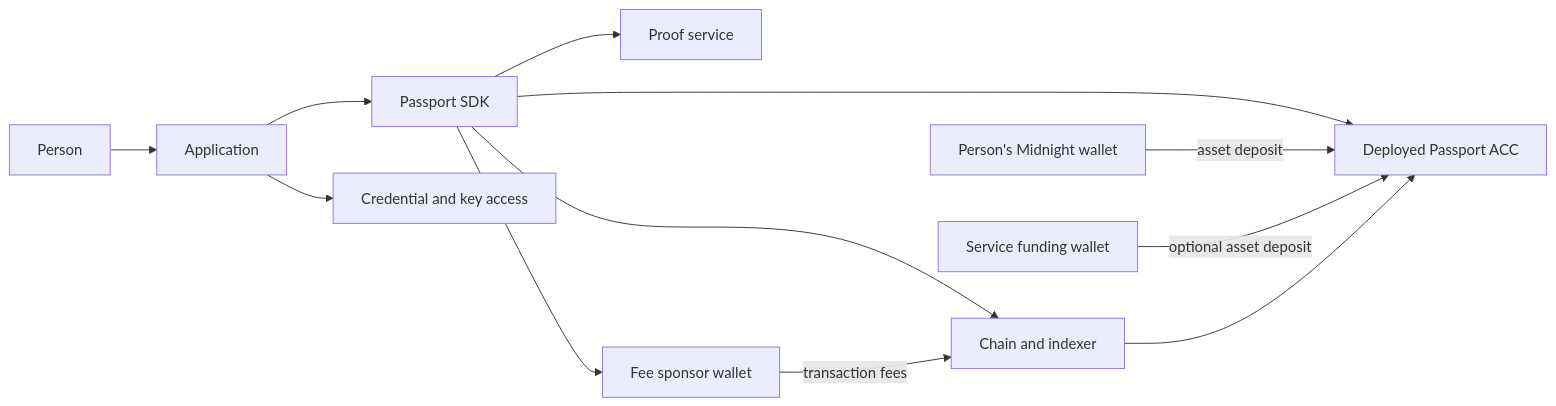
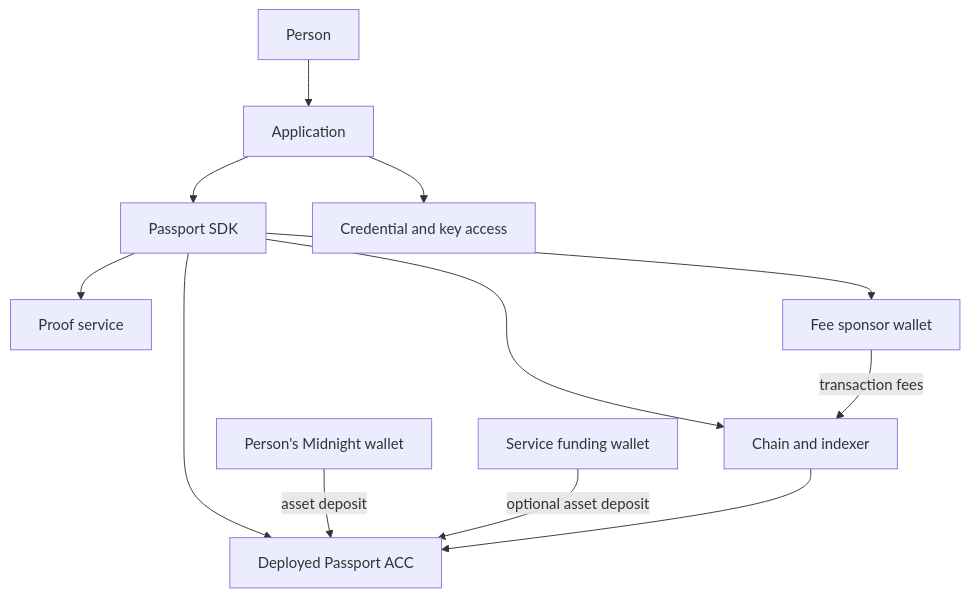
The first of 2 diagrams in docs-site/getting-started/index.md (input-output-hk/midnight-passport-sdk), drawn with Mermaid before and after one commit. The commit also changed 1 other file, not shown here.

Commit message:
docs: fix Mermaid diagram collisions

````diff
--- a/docs-site/getting-started/index.md
+++ b/docs-site/getting-started/index.md
@@ -30,14 +30,14 @@
 ```mermaid
-flowchart LR
+flowchart TB
   U[Person] --> A[Application]
   A --> S[Passport SDK]
   S --> C[Deployed Passport ACC]
   A --> K[Credential and key access]
   S --> I[Chain and indexer]
   S --> P[Proof service]
   S --> F[Fee sponsor wallet]
   W[Person's Midnight wallet] -->|asset deposit| C
   D[Service funding wallet] -->|optional asset deposit| C
   F -->|transaction fees| I
   I --> C
 ```
````
